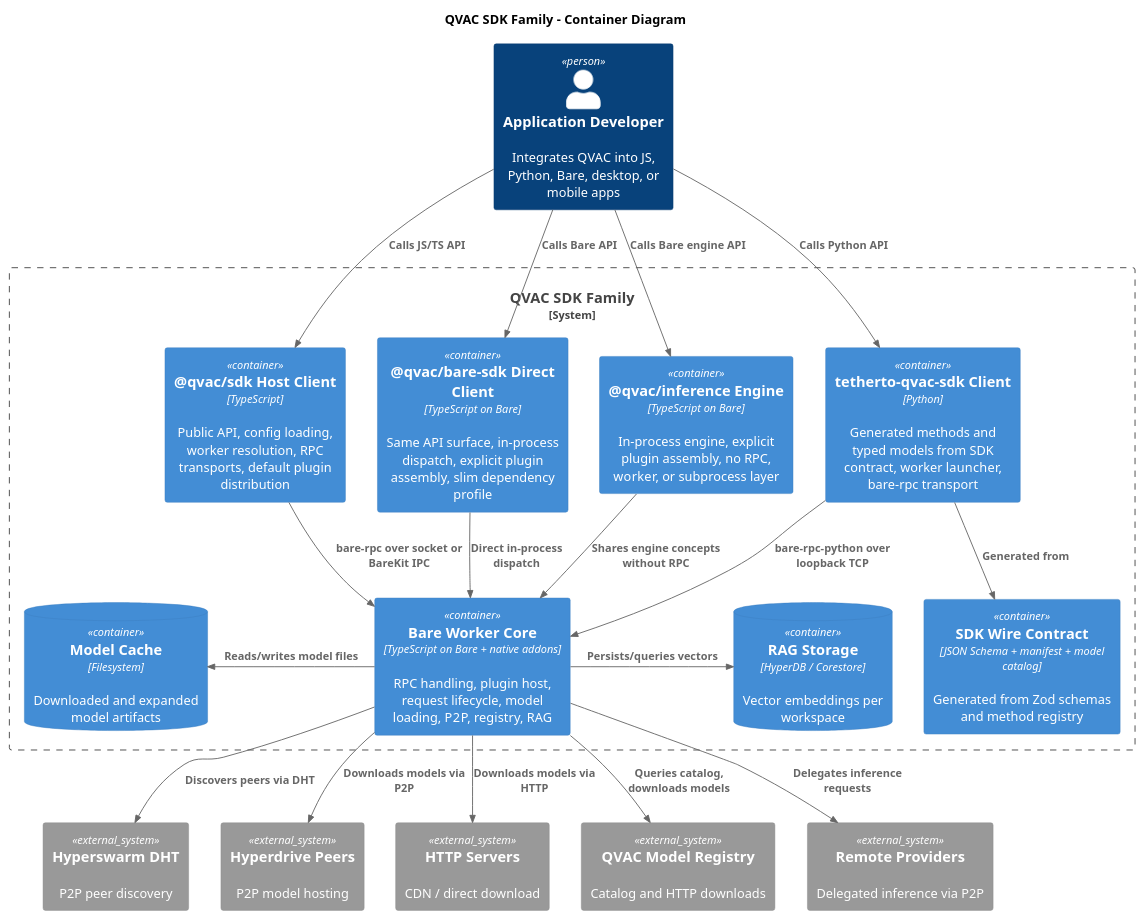
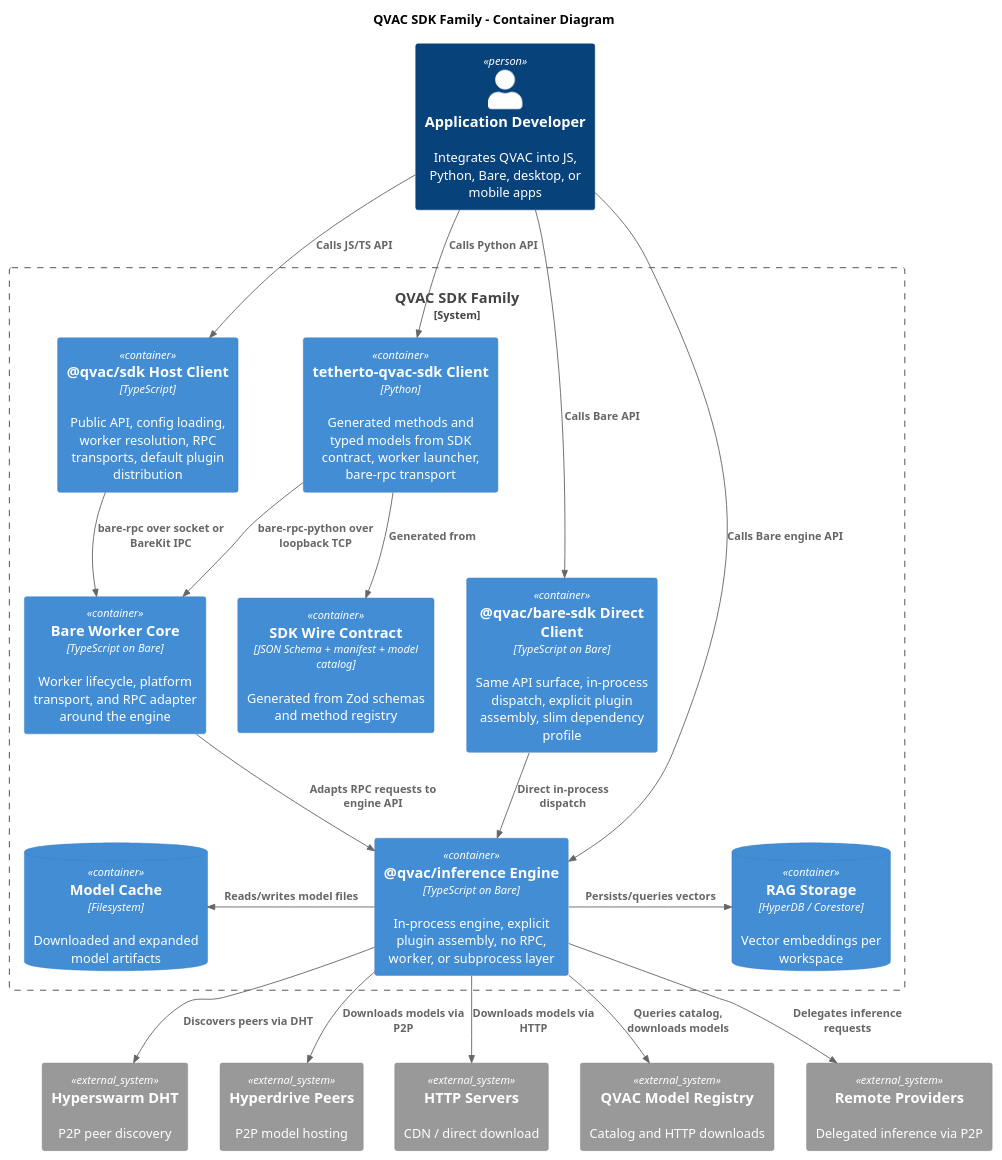
Before and after one commit to tetherto/qvac: the diagram in docs/architecture/puml/02-container.puml, drawn with PlantUML. The commit also changed 4 other files, not shown here.

Commit message:
doc[notask]: address sdk architecture review feedback

```diff
--- a/docs/architecture/puml/02-container.puml
+++ b/docs/architecture/puml/02-container.puml
@@ -1,47 +1,47 @@
 @startuml
 !include <C4/C4_Container>
 
 title QVAC SDK Family - Container Diagram
 
 Person(dev, "Application Developer", "Integrates QVAC into JS, Python, Bare, desktop, or mobile apps")
 
 System_Boundary(sdk, "QVAC SDK Family") {
     Container(ts_client, "@qvac/sdk Host Client", "TypeScript", "Public API, config loading, worker resolution, RPC transports, default plugin distribution")
     Container(bare_client, "@qvac/bare-sdk Direct Client", "TypeScript on Bare", "Same API surface, in-process dispatch, explicit plugin assembly, slim dependency profile")
     Container(inference, "@qvac/inference Engine", "TypeScript on Bare", "In-process engine, explicit plugin assembly, no RPC, worker, or subprocess layer")
     Container(py_client, "tetherto-qvac-sdk Client", "Python", "Generated methods and typed models from SDK contract, worker launcher, bare-rpc transport")
     Container(contract, "SDK Wire Contract", "JSON Schema + manifest + model catalog", "Generated from Zod schemas and method registry")
-    Container(worker, "Bare Worker Core", "TypeScript on Bare + native addons", "RPC handling, plugin host, request lifecycle, model loading, P2P, registry, RAG")
+    Container(worker, "Bare Worker Core", "TypeScript on Bare", "Worker lifecycle, platform transport, and RPC adapter around the engine")
     ContainerDb(cache, "Model Cache", "Filesystem", "Downloaded and expanded model artifacts")
     ContainerDb(rag_store, "RAG Storage", "HyperDB / Corestore", "Vector embeddings per workspace")
 }
 
 System_Ext(dht, "Hyperswarm DHT", "P2P peer discovery")
 System_Ext(hyperdrive, "Hyperdrive Peers", "P2P model hosting")
 System_Ext(cdn, "HTTP Servers", "CDN / direct download")
 System_Ext(registry, "QVAC Model Registry", "Catalog and HTTP downloads")
 System_Ext(providers, "Remote Providers", "Delegated inference via P2P")
 
 Rel_D(dev, ts_client, "Calls JS/TS API")
 Rel_D(dev, bare_client, "Calls Bare API")
 Rel_D(dev, inference, "Calls Bare engine API")
 Rel_D(dev, py_client, "Calls Python API")
 Rel_D(py_client, contract, "Generated from")
 Rel_D(ts_client, worker, "bare-rpc over socket or BareKit IPC")
 Rel_D(py_client, worker, "bare-rpc-python over loopback TCP")
-Rel_D(bare_client, worker, "Direct in-process dispatch")
-Rel_D(inference, worker, "Shares engine concepts without RPC")
-Rel_L(worker, cache, "Reads/writes model files")
-Rel_R(worker, rag_store, "Persists/queries vectors")
-Rel_D(worker, dht, "Discovers peers via DHT")
-Rel_D(worker, hyperdrive, "Downloads models via P2P")
-Rel_D(worker, cdn, "Downloads models via HTTP")
-Rel_D(worker, registry, "Queries catalog, downloads models")
-Rel_D(worker, providers, "Delegates inference requests")
+Rel_D(worker, inference, "Adapts RPC requests to engine API")
+Rel_D(bare_client, inference, "Direct in-process dispatch")
+Rel_L(inference, cache, "Reads/writes model files")
+Rel_R(inference, rag_store, "Persists/queries vectors")
+Rel_D(inference, dht, "Discovers peers via DHT")
+Rel_D(inference, hyperdrive, "Downloads models via P2P")
+Rel_D(inference, cdn, "Downloads models via HTTP")
+Rel_D(inference, registry, "Queries catalog, downloads models")
+Rel_D(inference, providers, "Delegates inference requests")
 
 Lay_R(dht, hyperdrive)
 Lay_R(hyperdrive, cdn)
 Lay_R(cdn, registry)
 Lay_R(registry, providers)
 
 @enduml
```
